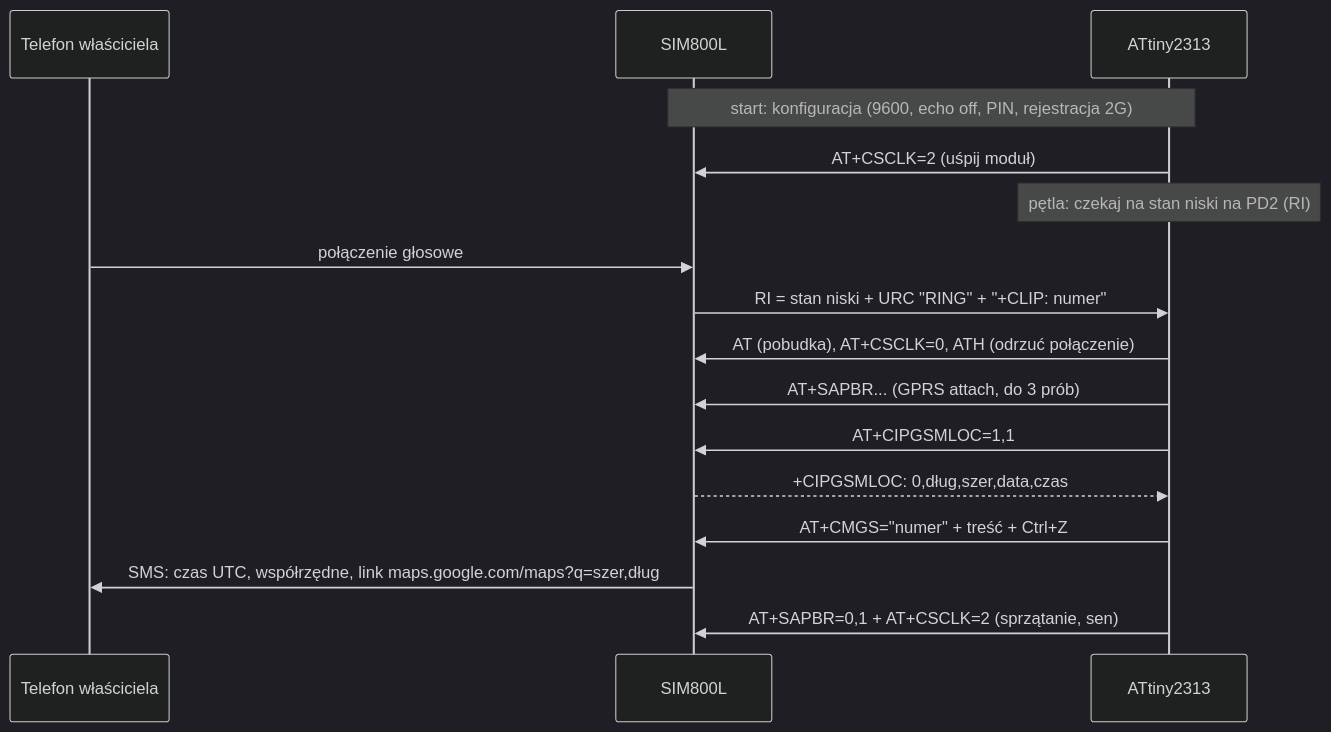
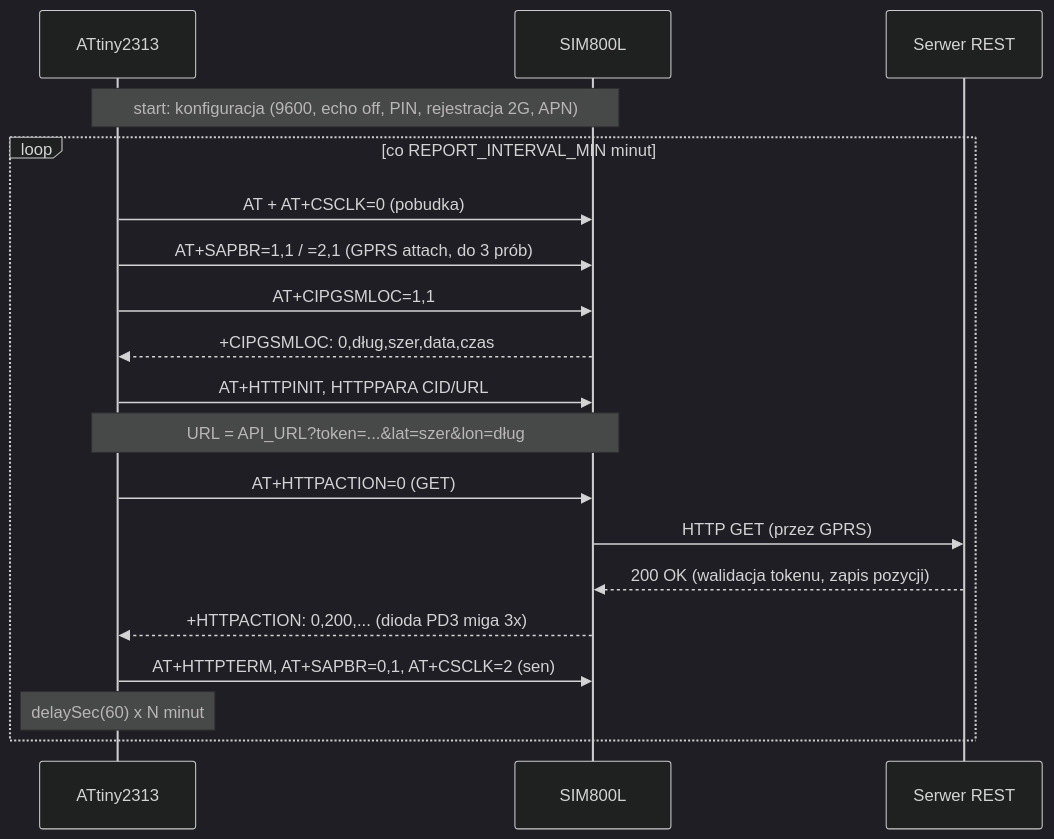
One commit to krzycuh/kma-avr-tracker changed the diagram in docs/PLAN.md. Above: the diagram before and after it, drawn with Mermaid (dark theme). The commit also changed other lines of this file and 5 other files, not shown here.

First line of the commit message:
Switch tracker to periodic REST reporting over HTTP (no calls/SMS)

````diff
--- a/docs/PLAN.md
+++ b/docs/PLAN.md
@@ -47,19 +58,22 @@
 ```mermaid
 sequenceDiagram
-    participant T as Telefon właściciela
+    participant A as ATtiny2313
     participant S as SIM800L
-    participant A as ATtiny2313
+    participant W as Serwer REST
 
-    Note over S,A: start: konfiguracja (9600, echo off, PIN, rejestracja 2G)
-    A->>S: AT+CSCLK=2 (uśpij moduł)
-    Note over A: pętla: czekaj na stan niski na PD2 (RI)
-    T->>S: połączenie głosowe
-    S->>A: RI = stan niski + URC "RING" + "+CLIP: numer"
-    A->>S: AT (pobudka), AT+CSCLK=0, ATH (odrzuć połączenie)
-    A->>S: AT+SAPBR... (GPRS attach, do 3 prób)
-    A->>S: AT+CIPGSMLOC=1,1
-    S-->>A: +CIPGSMLOC: 0,dług,szer,data,czas
-    A->>S: AT+CMGS="numer" + treść + Ctrl+Z
-    S->>T: SMS: czas UTC, współrzędne, link maps.google.com/maps?q=szer,dług
-    A->>S: AT+SAPBR=0,1 + AT+CSCLK=2 (sprzątanie, sen)
+    Note over A,S: start: konfiguracja (9600, echo off, PIN, rejestracja 2G, APN)
+    loop co REPORT_INTERVAL_MIN minut
+        A->>S: AT + AT+CSCLK=0 (pobudka)
+        A->>S: AT+SAPBR=1,1 / =2,1 (GPRS attach, do 3 prób)
+        A->>S: AT+CIPGSMLOC=1,1
+        S-->>A: +CIPGSMLOC: 0,dług,szer,data,czas
+        A->>S: AT+HTTPINIT, HTTPPARA CID/URL
+        Note over A,S: URL = API_URL?token=...&lat=szer&lon=dług
+        A->>S: AT+HTTPACTION=0 (GET)
+        S->>W: HTTP GET (przez GPRS)
+        W-->>S: 200 OK (walidacja tokenu, zapis pozycji)
+        S-->>A: +HTTPACTION: 0,200,... (dioda PD3 miga 3x)
+        A->>S: AT+HTTPTERM, AT+SAPBR=0,1, AT+CSCLK=2 (sen)
+        Note over A: delaySec(60) x N minut
+    end
 ```
````
